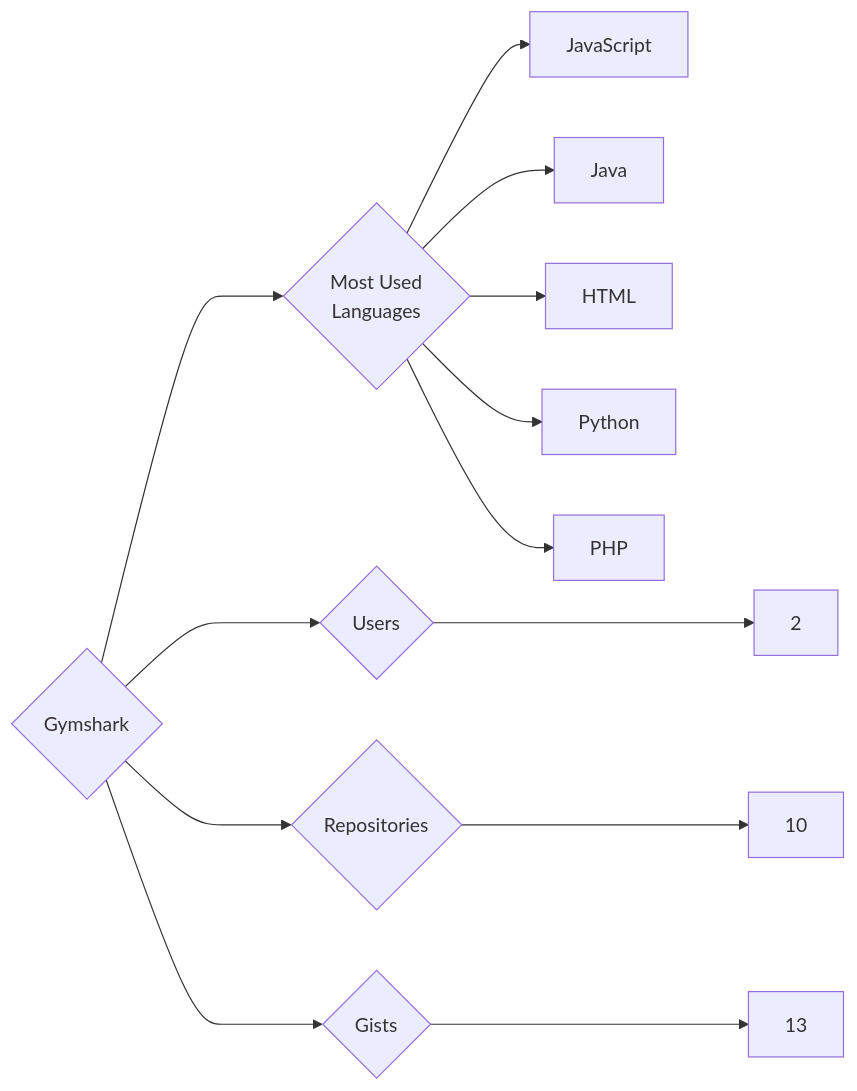
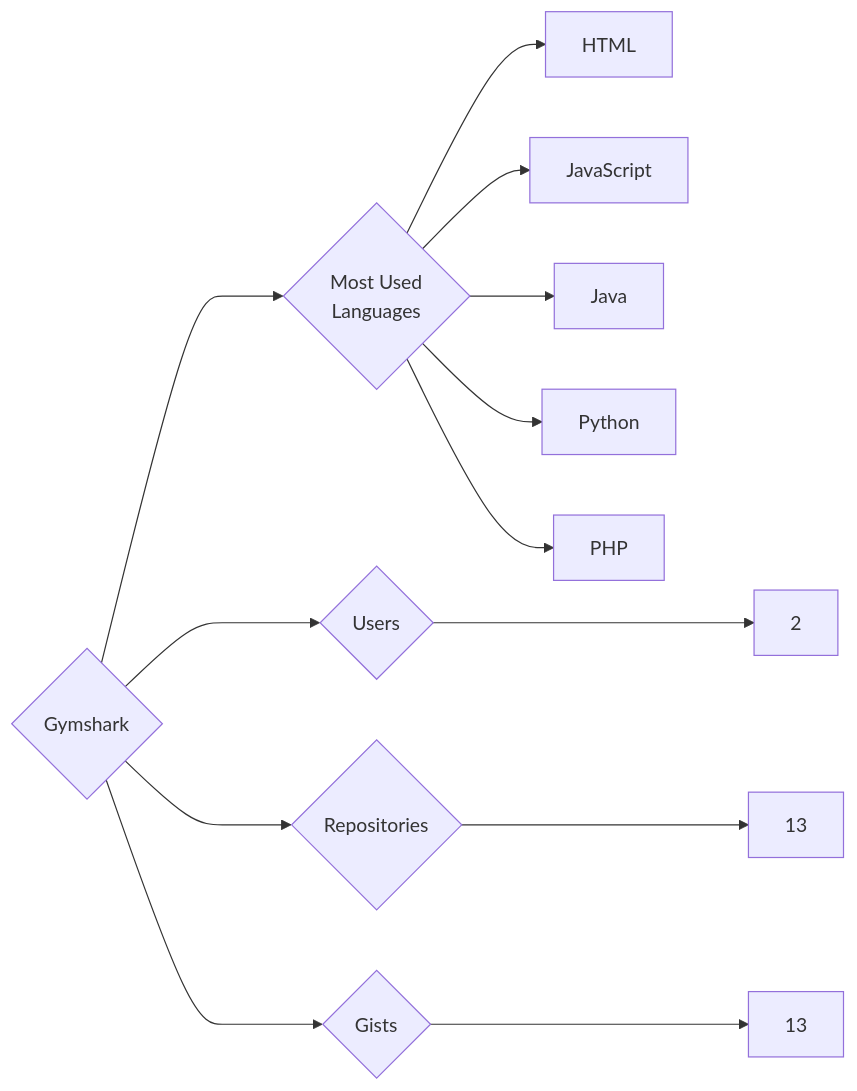
Before and after one commit to trickest/insiders: the diagram in targets/Gymshark/README.md, drawn with Mermaid. The commit also changed 783 other files, not shown here.

````diff
--- a/targets/Gymshark/README.md
+++ b/targets/Gymshark/README.md
@@ -3,13 +3,13 @@
 ```mermaid
 graph LR
 COMPANY_NAME{Gymshark}
 COMPANY_NAME ---> U{Users} ---> UN[2]
-COMPANY_NAME ---> R{Repositories} ---> RN[10]
+COMPANY_NAME ---> R{Repositories} ---> RN[13]
 COMPANY_NAME ---> G{Gists} ---> GN[13]
 COMPANY_NAME ---> ML{Most Used<br>Languages}
+ML --> HTML[HTML]
 ML --> JavaScript[JavaScript]
 ML --> Java[Java]
-ML --> HTML[HTML]
 ML --> Python[Python]
 ML --> PHP[PHP]
 ```
````
